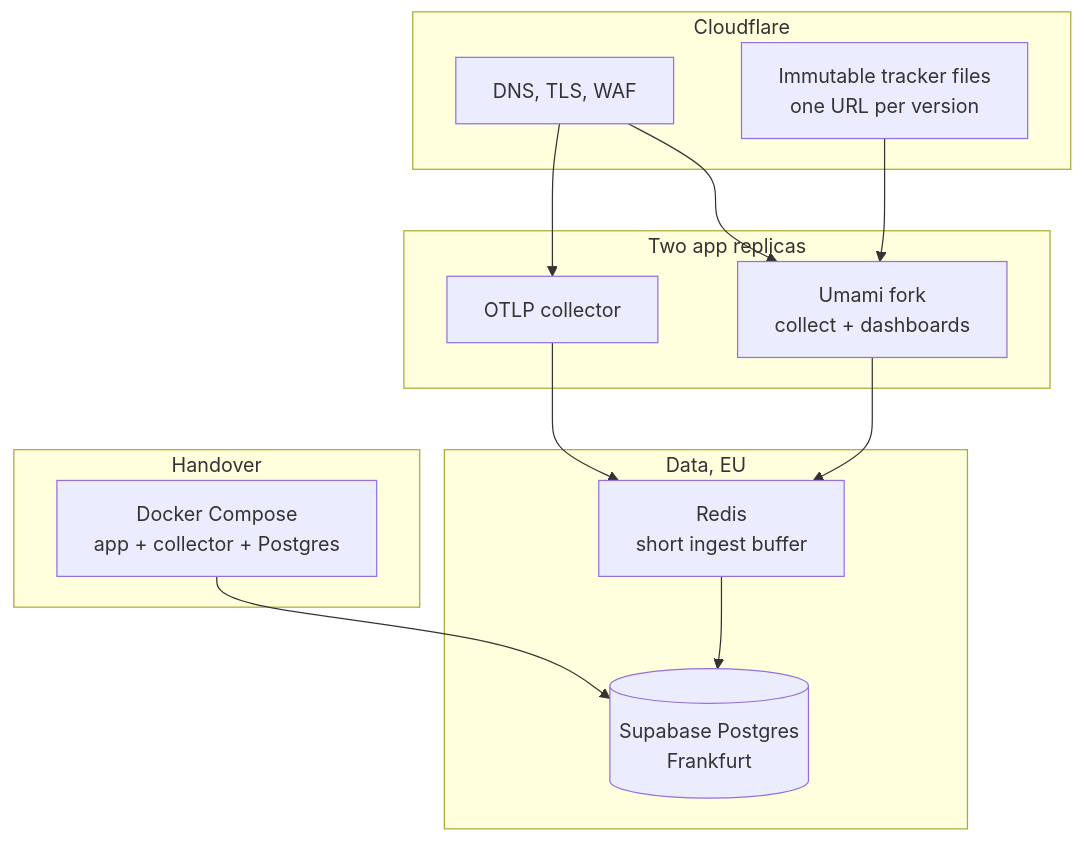
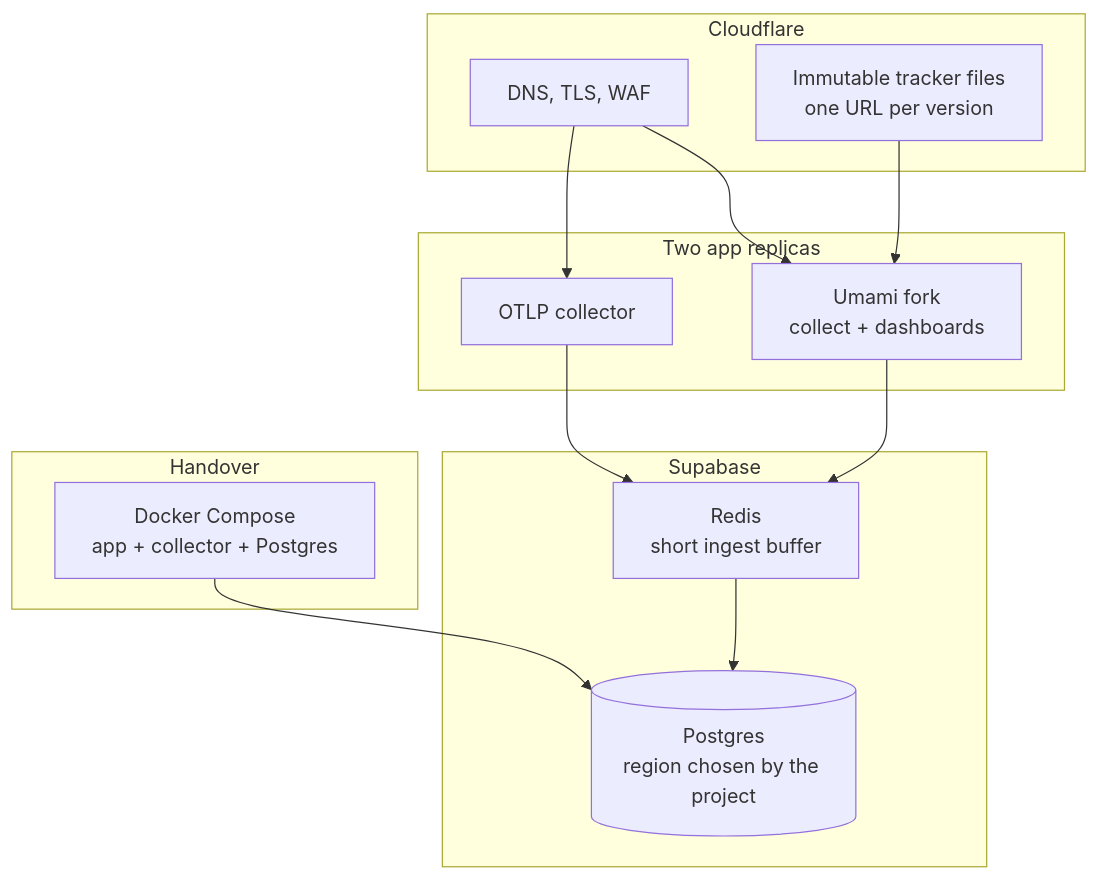
Before and after one commit to HeylmStoned/scf-analytics-docs: the diagram in infrastructure.md, drawn with Mermaid. The commit also changed other lines of this file and 4 other files, not shown here.

First line of the commit message:
Let each project choose its Supabase region.

````diff
--- a/infrastructure.md
+++ b/infrastructure.md
@@ -3,28 +3,28 @@
 ```mermaid
 flowchart TB
   subgraph CF["Cloudflare"]
     DNS["DNS, TLS, WAF"]
     Assets["Immutable tracker files<br/>one URL per version"]
   end
 
   subgraph App["Two app replicas"]
     Umami["Umami fork<br/>collect + dashboards"]
     Collector["OTLP collector"]
   end
 
-  subgraph Store["Data, EU"]
-    PG[("Supabase Postgres<br/>Frankfurt")]
+  subgraph Store["Supabase"]
+    PG[("Postgres<br/>region chosen by the project")]
     Redis["Redis<br/>short ingest buffer"]
   end
 
   subgraph Handback["Handover"]
     Compose["Docker Compose<br/>app + collector + Postgres"]
   end
 
   DNS --> Umami
   DNS --> Collector
   Assets --> Umami
   Umami --> Redis --> PG
   Collector --> Redis
   Compose --> PG
 ```
````
